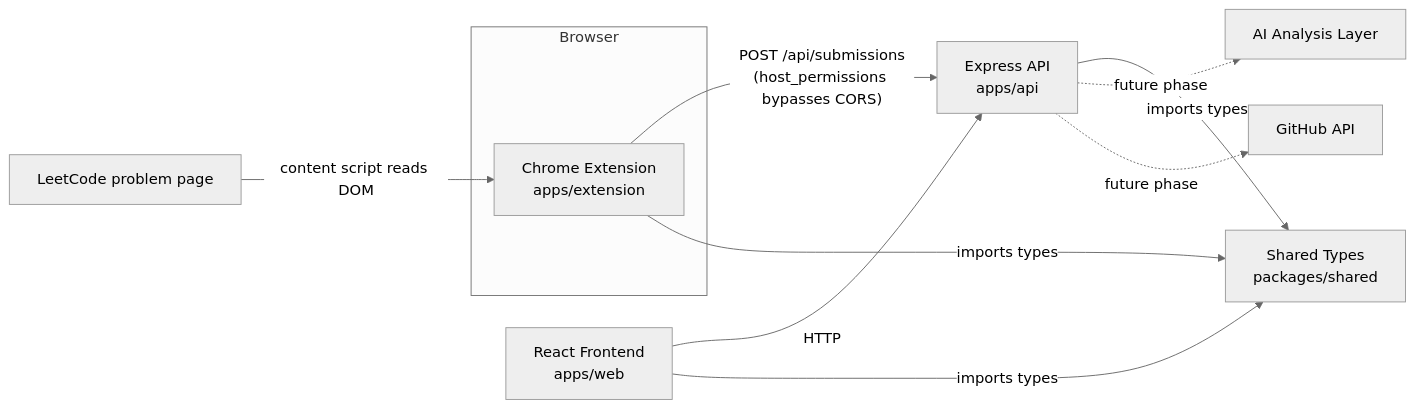
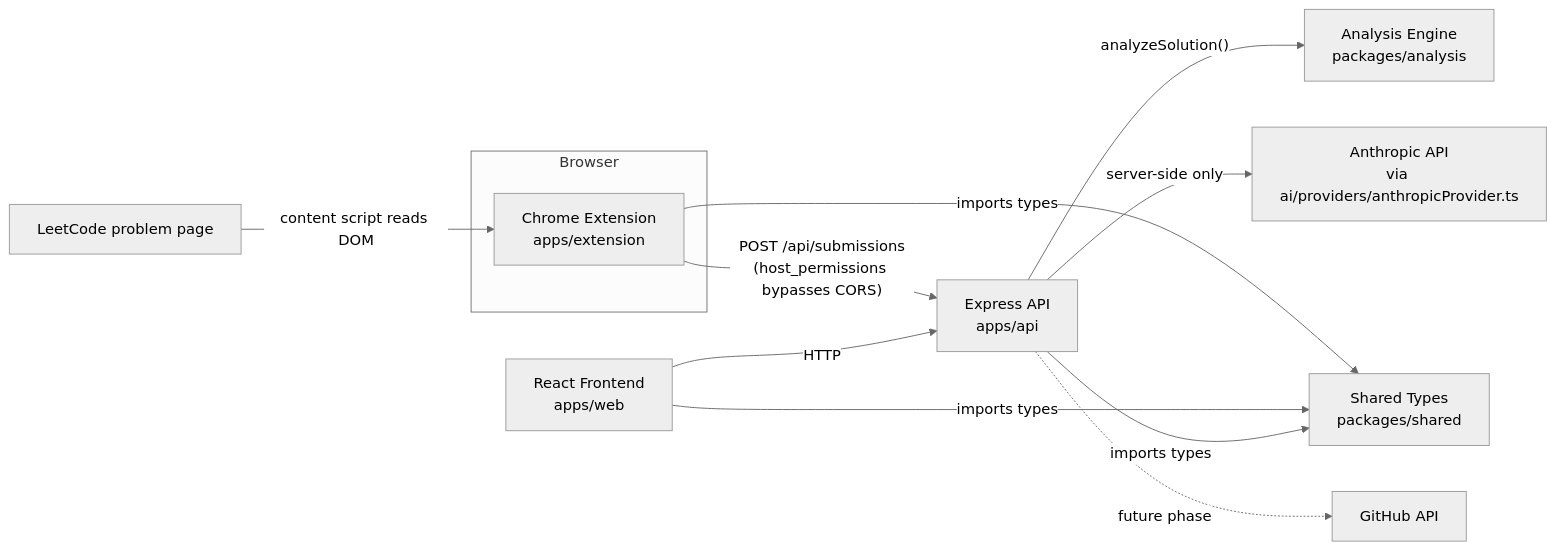
One commit to Harshvish07/LeetCode-GitHub-AI-Documentation-Automation changed the diagram in README.md. Above: the diagram before and after it, drawn with Mermaid (neutral theme). The commit also changed other lines of this file and 70 other files, not shown here.

Commit message:
phase 4 & 5 Solution Analysis Engine & AI Analysis Engine

````diff
--- a/README.md
+++ b/README.md
@@ -87,14 +113,16 @@
 ```mermaid
 flowchart LR
     LC[LeetCode problem page] -- content script reads DOM --> EXT
     subgraph Browser
         EXT[Chrome Extension<br/>apps/extension]
     end
     WEB[React Frontend<br/>apps/web] -- HTTP --> API[Express API<br/>apps/api]
     EXT -- "POST /api/submissions<br/>(host_permissions bypasses CORS)" --> API
     API -- imports types --> SHARED[Shared Types<br/>packages/shared]
     WEB -- imports types --> SHARED
     EXT -- imports types --> SHARED
-    API -. future phase .-> AI[AI Analysis Layer]
+    ANALYSIS[Analysis Engine<br/>packages/analysis]
+    API -- "analyzeSolution()" --> ANALYSIS
+    API -- "server-side only" --> AI[Anthropic API<br/>via ai/providers/anthropicProvider.ts]
     API -. future phase .-> GH[GitHub API]
 ```
````
